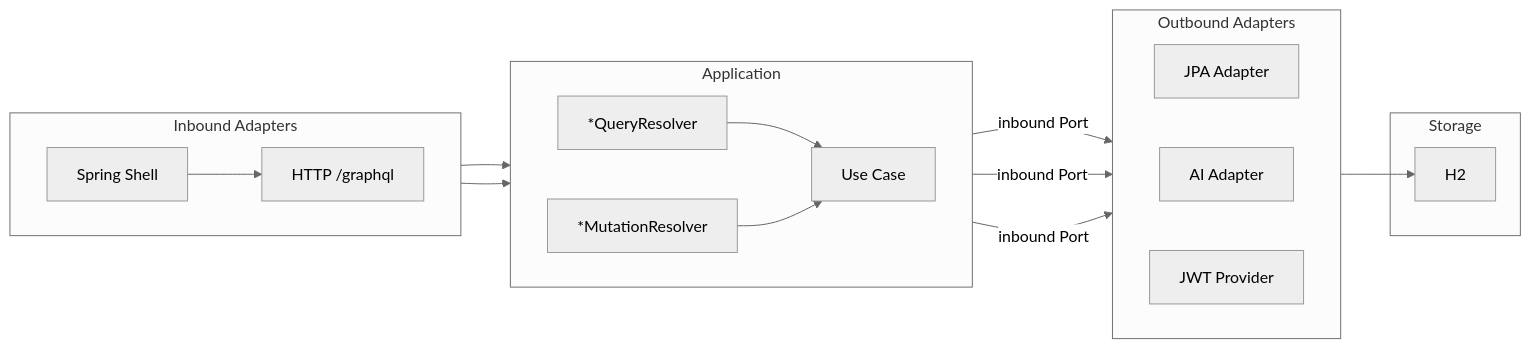
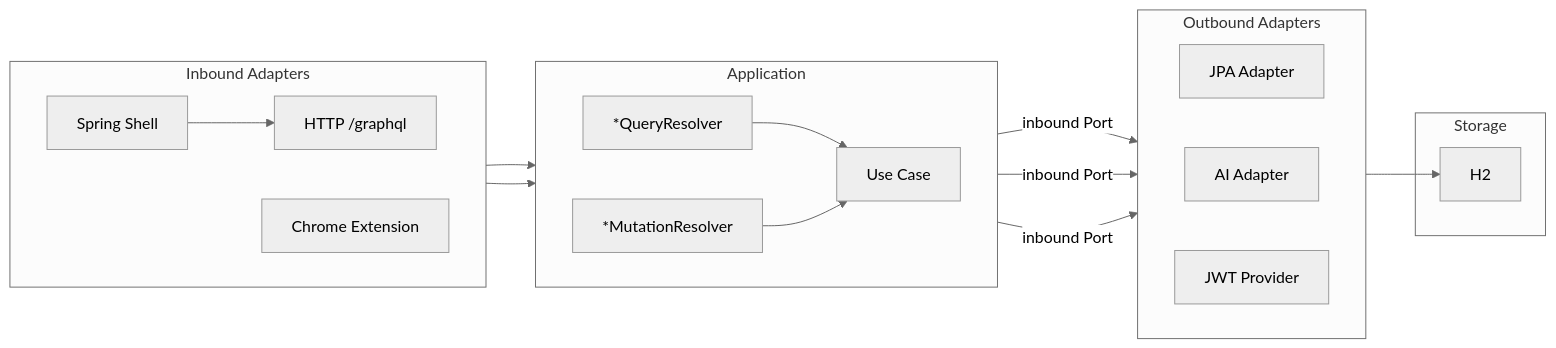
The second of 3 diagrams in README.md (JuanPabloJimenezEsclusa/alexandra-job-tracker), drawn with Mermaid (neutral theme) before and after one commit. The commit also changed other lines of this file and 3 other files, not shown here.

````diff
--- a/README.md
+++ b/README.md
@@ -91,29 +91,30 @@
 ```mermaid
 flowchart LR
     subgraph inbound [Inbound Adapters]
         direction LR
         CLI["Spring Shell"]
+        BrowserExt["Chrome Extension"]
         HTTP["HTTP /graphql"]
     end
     subgraph app [Application]
         direction LR
         QR["*QueryResolver"]
         MR["*MutationResolver"]
         UC["Use Case"]
     end
     subgraph outbound [Outbound Adapters]
         direction LR
         JPA["JPA Adapter"]
         AI["AI Adapter"]
         JWT["JWT Provider"]
     end
     subgraph storage [Storage]
         DB[H2]
     end
 
     CLI --> HTTP
     HTTP --> QR & MR
     QR & MR --> UC
     UC --> |inbound Port| JPA & AI & JWT
     JPA --> DB
 ```
````
